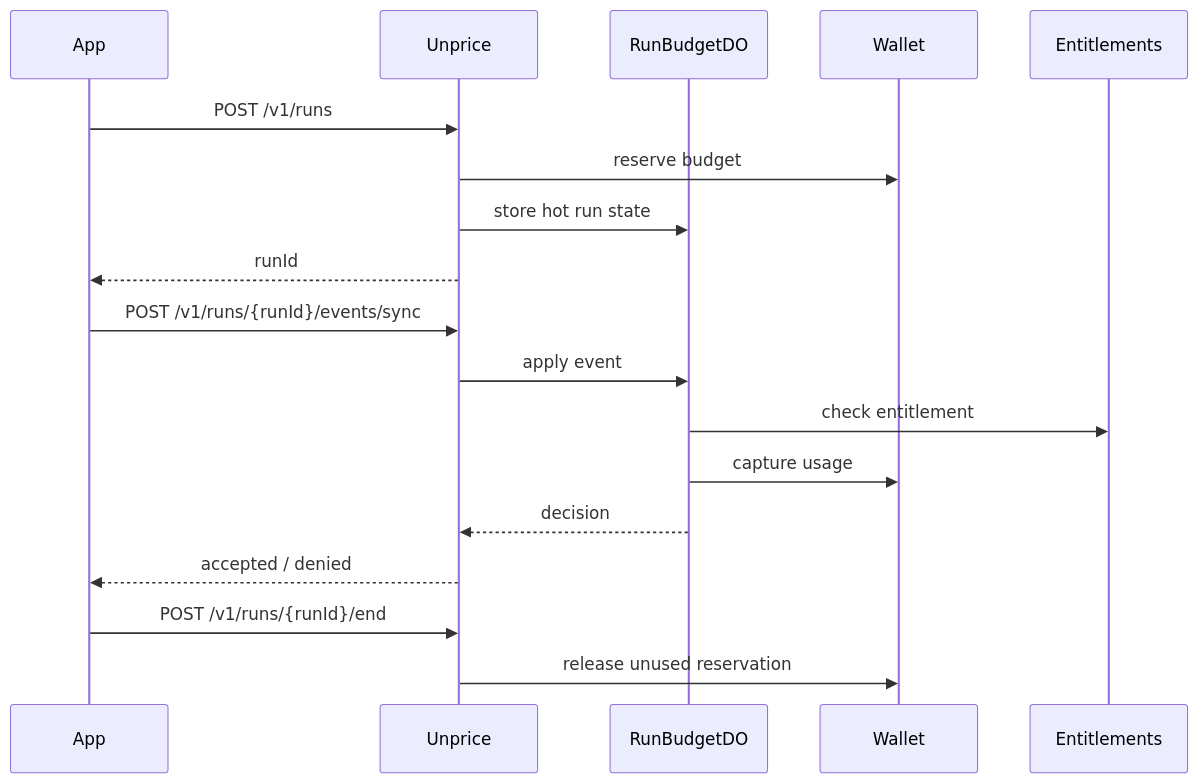
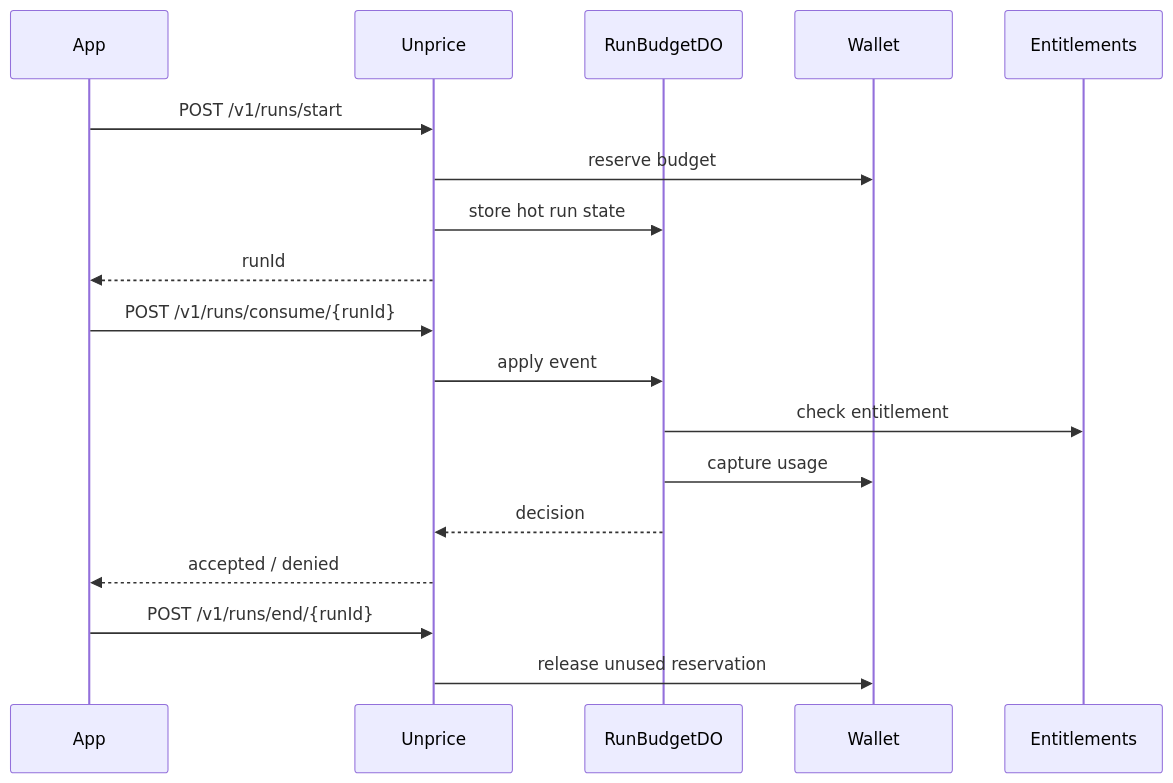
One commit to jhonsfran/unprice changed the diagram in docs/budgeted-runs.md. Above: the diagram before and after it, drawn with Mermaid. The commit also changed other lines of this file and 1 other file, not shown here.

Commit message:
docs: define budget run reporting boundary

````diff
--- a/docs/budgeted-runs.md
+++ b/docs/budgeted-runs.md
@@ -43,21 +51,21 @@
 ```mermaid
 sequenceDiagram
   participant App
   participant Unprice
   participant Budget as RunBudgetDO
   participant Wallet
   participant Ent as Entitlements
 
-  App->>Unprice: POST /v1/runs
+  App->>Unprice: POST /v1/runs/start
   Unprice->>Wallet: reserve budget
   Unprice->>Budget: store hot run state
   Unprice-->>App: runId
-  App->>Unprice: POST /v1/runs/{runId}/events/sync
+  App->>Unprice: POST /v1/runs/consume/{runId}
   Unprice->>Budget: apply event
   Budget->>Ent: check entitlement
   Budget->>Wallet: capture usage
   Budget-->>Unprice: decision
   Unprice-->>App: accepted / denied
-  App->>Unprice: POST /v1/runs/{runId}/end
+  App->>Unprice: POST /v1/runs/end/{runId}
   Unprice->>Wallet: release unused reservation
 ```
````
